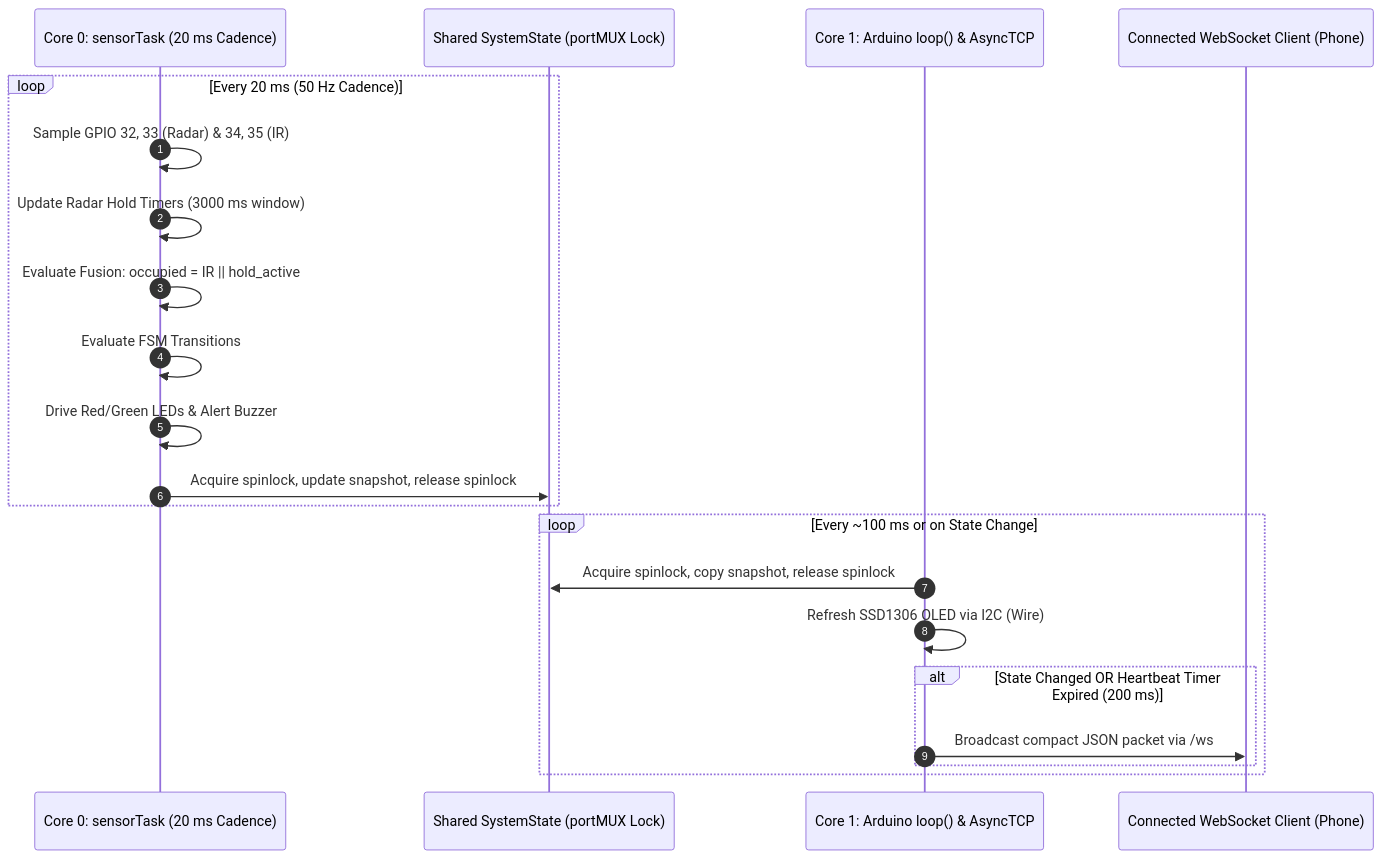
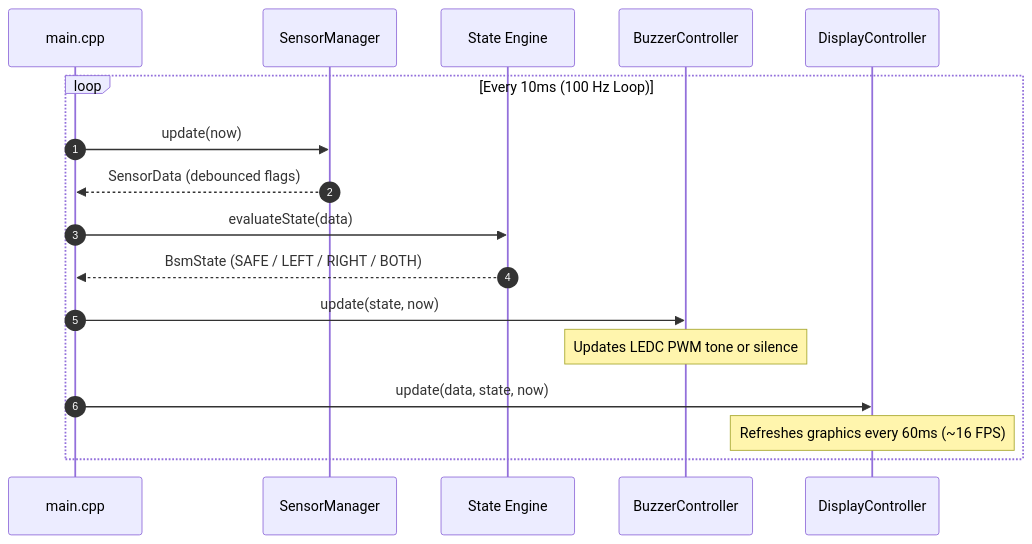
One commit to DevInfinix/BlindSpottr changed the second of 2 diagrams in docs/architecture.md. Above: the diagram before and after it, drawn with Mermaid. The commit also changed other lines of this file and 9 other files, not shown here.

Commit message:
DOCS: harmonize project documentation, merge flow/implementation specs, add 2D wiring schematics, and update roadmaps

````diff
--- a/docs/architecture.md
+++ b/docs/architecture.md
@@ -69,25 +114,20 @@
 ```mermaid
 sequenceDiagram
     autonumber
-    participant C0 as Core 0: sensorTask (20 ms Cadence)
-    participant SS as Shared SystemState (portMUX Lock)
-    participant C1 as Core 1: Arduino loop() & AsyncTCP
-    participant WS as Connected WebSocket Client (Phone)
+    participant Main as main.cpp
+    participant Sensors as SensorManager
+    participant FSM as State Engine
+    participant Buzzer as BuzzerController
+    participant OLED as DisplayController
 
-    loop Every 20 ms (50 Hz Cadence)
-        C0->>C0: Sample GPIO 32, 33 (Radar) & 34, 35 (IR)
-        C0->>C0: Update Radar Hold Timers (3000 ms window)
-        C0->>C0: Evaluate Fusion: occupied = IR || hold_active
-        C0->>C0: Evaluate FSM Transitions
-        C0->>C0: Drive Red/Green LEDs & Alert Buzzer
-        C0->>SS: Acquire spinlock, update snapshot, release spinlock
-    end
-
-    loop Every ~100 ms or on State Change
-        C1->>SS: Acquire spinlock, copy snapshot, release spinlock
-        C1->>C1: Refresh SSD1306 OLED via I2C (Wire)
-        alt State Changed OR Heartbeat Timer Expired (200 ms)
-            C1->>WS: Broadcast compact JSON packet via /ws
-        end
+    loop Every 10ms (100 Hz Loop)
+        Main->>Sensors: update(now)
+        Sensors-->>Main: SensorData (debounced flags)
+        Main->>FSM: evaluateState(data)
+        FSM-->>Main: BsmState (SAFE / LEFT / RIGHT / BOTH)
+        Main->>Buzzer: update(state, now)
+        Note over Buzzer: Updates LEDC PWM tone or silence
+        Main->>OLED: update(data, state, now)
+        Note over OLED: Refreshes graphics every 60ms (~16 FPS)
     end
 ```
````
